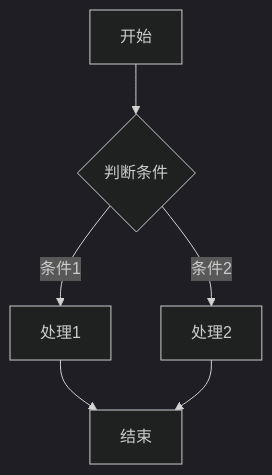
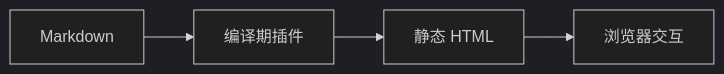
The diagram in docs/post-0.md (Cnkrru/Blog), drawn with Mermaid (dark theme) before and after one commit. The commit also changed other lines of this file and 53 other files, not shown here.

````diff
--- a/docs/post-0.md
+++ b/docs/post-0.md
@@ -119,8 +166,6 @@
 ```mermaid
-graph TD
-    A[开始] --> B{判断条件}
-    B -->|条件1| C[处理1]
-    B -->|条件2| D[处理2]
-    C --> E[结束]
-    D --> E
+graph LR
+  A[Markdown] --> B[编译期插件]
+  B --> C[静态 HTML]
+  C --> D[浏览器交互]
 ```
````
